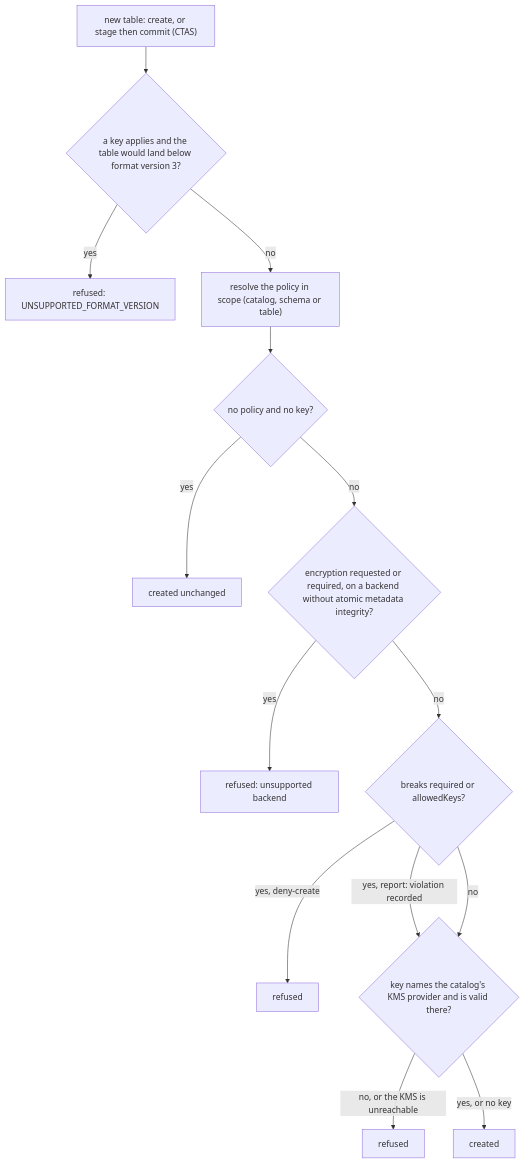
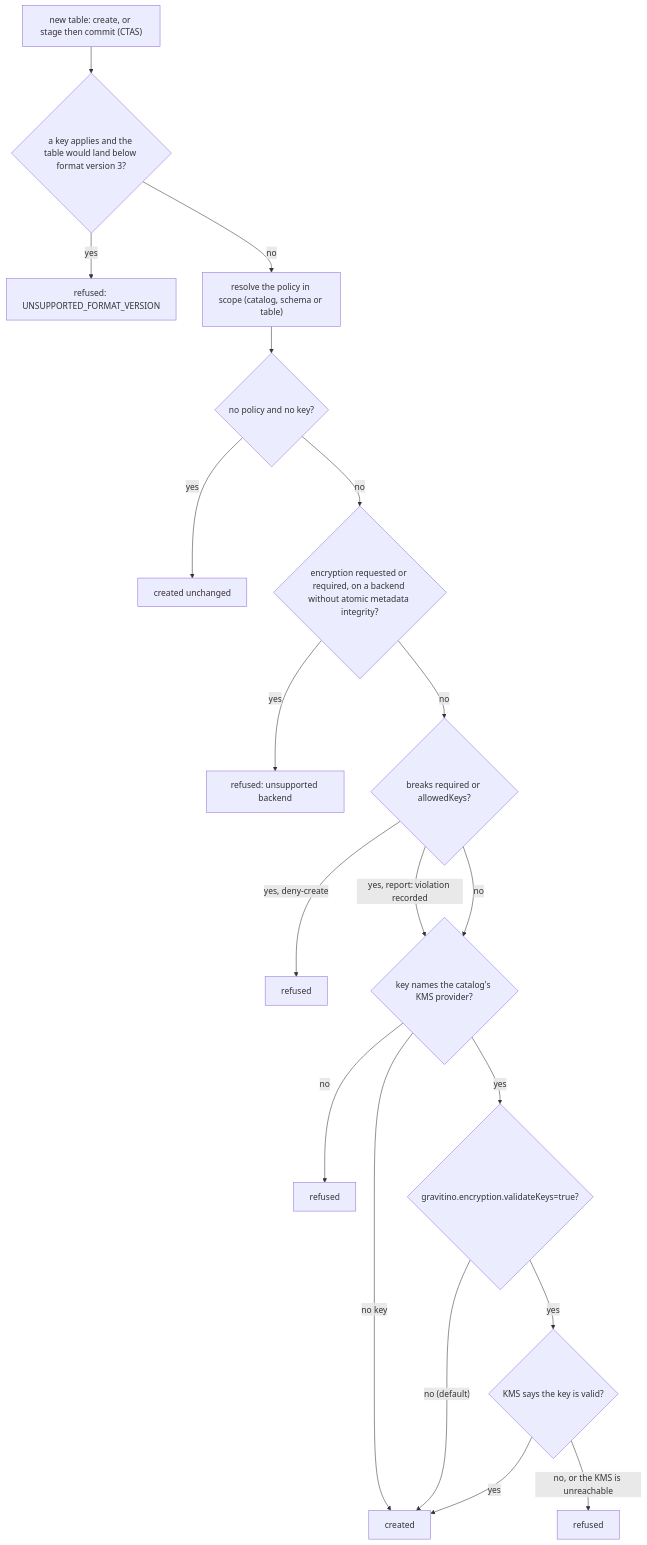
Before and after one commit to danhuawang/gravitino: the diagram in docs-enterprise/iceberg-encryption-policy.md, drawn with Mermaid. The commit also changed other lines of this file and 22 other files, not shown here.

First line of the commit message:
[Cherry-pick to branch-1.3] [#2179] feat(encryption): make server-side KMS key validation opt-in (#2240)

````diff
--- a/docs-enterprise/iceberg-encryption-policy.md
+++ b/docs-enterprise/iceberg-encryption-policy.md
@@ -66,16 +66,21 @@
 ```mermaid
 flowchart TD
   req["new table: create, or stage then commit (CTAS)"] --> fv{"a key applies and the table would land below format version 3?"}
   fv -->|yes| r1["refused: UNSUPPORTED_FORMAT_VERSION"]
   fv -->|no| pol["resolve the policy in scope (catalog, schema or table)"]
   pol --> none{"no policy and no key?"}
   none -->|yes| plain["created unchanged"]
   none -->|no| be{"encryption requested or required, on a backend without atomic metadata integrity?"}
   be -->|yes| r2["refused: unsupported backend"]
   be -->|no| rules{"breaks required or allowedKeys?"}
   rules -->|"yes, deny-create"| r3["refused"]
   rules -->|"yes, report: violation recorded"| key
-  rules -->|no| key{"key names the catalog's KMS provider and is valid there?"}
-  key -->|"no, or the KMS is unreachable"| r4["refused"]
-  key -->|"yes, or no key"| ok["created"]
+  rules -->|no| key{"key names the catalog's KMS provider?"}
+  key -->|no| r4["refused"]
+  key -->|"no key"| ok["created"]
+  key -->|yes| kms{"gravitino.encryption.validateKeys=true?"}
+  kms -->|"no (default)"| ok
+  kms -->|yes| valid{"KMS says the key is valid?"}
+  valid -->|"no, or the KMS is unreachable"| r5["refused"]
+  valid -->|yes| ok
 ```
````
